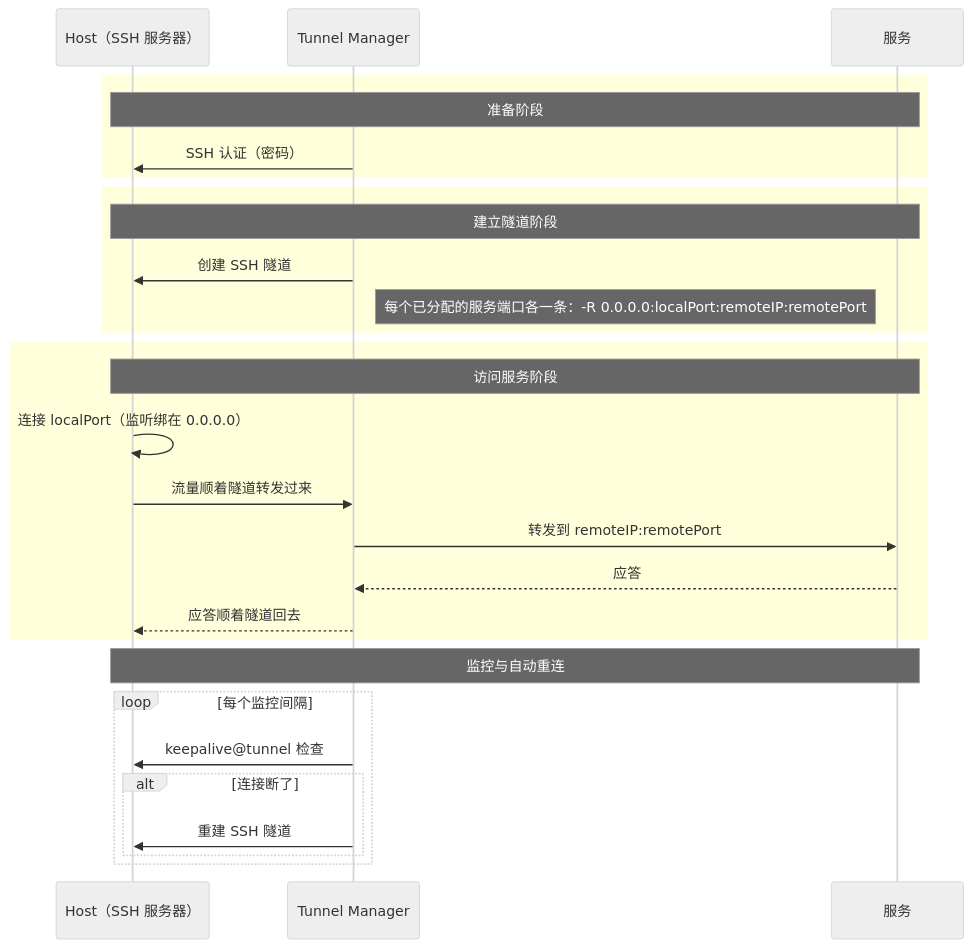
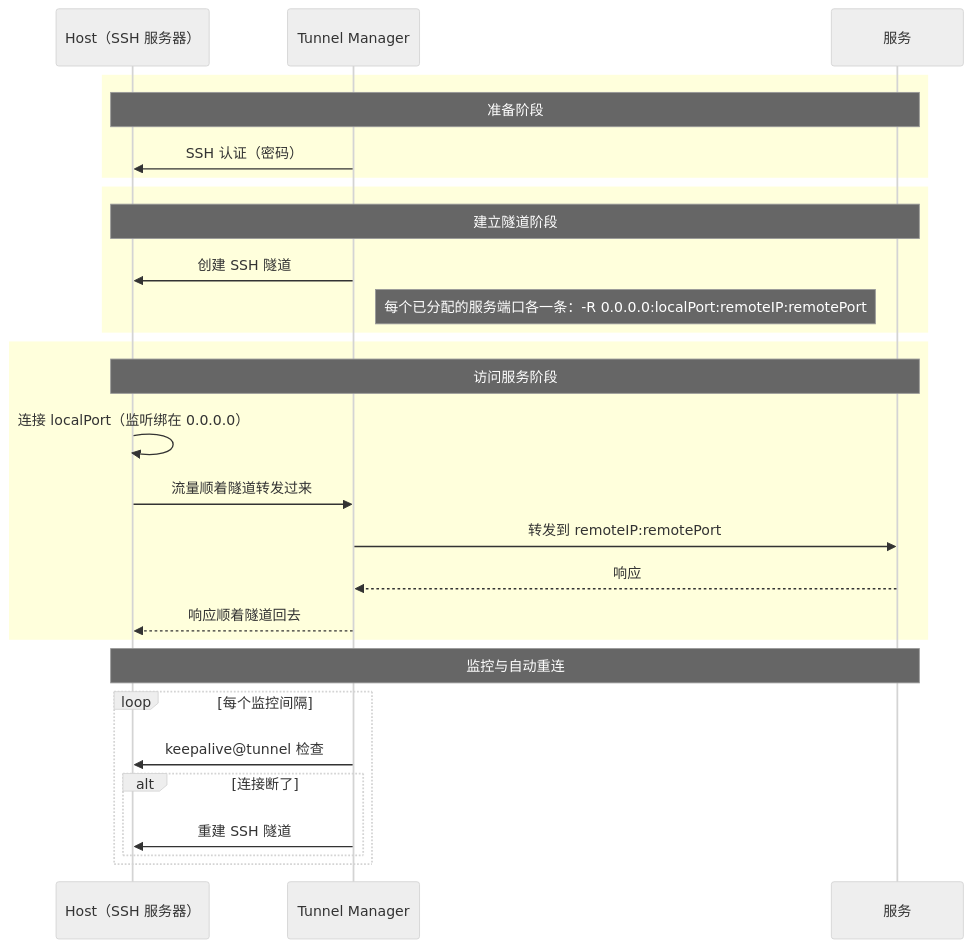
Before and after one commit to jollaman999/tunnel-manager: the diagram in docs/reference.zh.md, drawn with Mermaid (neutral theme). The commit also changed other lines of this file and 2 other files, not shown here.

````diff
--- a/docs/reference.zh.md
+++ b/docs/reference.zh.md
@@ -159,34 +159,34 @@
 ```mermaid
 sequenceDiagram
     participant Host as Host（SSH 服务器）
     participant Bastion as Tunnel Manager
     participant WAS as 服务
 
     rect rgb(255, 255, 220)
         Note over Host,WAS: 准备阶段
         Bastion->>Host: SSH 认证（密码）
     end
 
     rect rgb(255, 255, 220)
         Note over Host,WAS: 建立隧道阶段
         Bastion->>Host: 创建 SSH 隧道
         Note right of Bastion: 每个已分配的服务端口各一条：-R 0.0.0.0:localPort:remoteIP:remotePort
     end
 
     rect rgb(255, 255, 220)
         Note over Host,WAS: 访问服务阶段
         Host->>Host: 连接 localPort（监听绑在 0.0.0.0）
         Host->>Bastion: 流量顺着隧道转发过来
         Bastion->>WAS: 转发到 remoteIP:remotePort
-        WAS-->>Bastion: 应答
-        Bastion-->>Host: 应答顺着隧道回去
+        WAS-->>Bastion: 响应
+        Bastion-->>Host: 响应顺着隧道回去
     end
 
     Note over Host,WAS: 监控与自动重连
     loop 每个监控间隔
         Bastion->>Host: keepalive@tunnel 检查
         alt 连接断了
             Bastion->>Host: 重建 SSH 隧道
         end
     end
 ```
````
